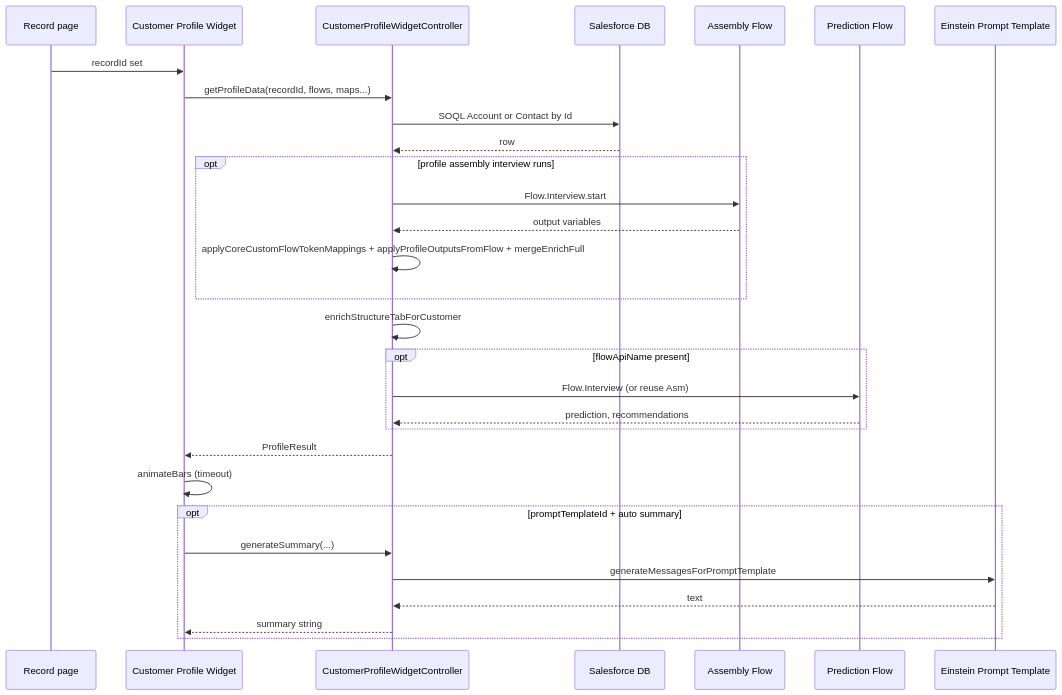
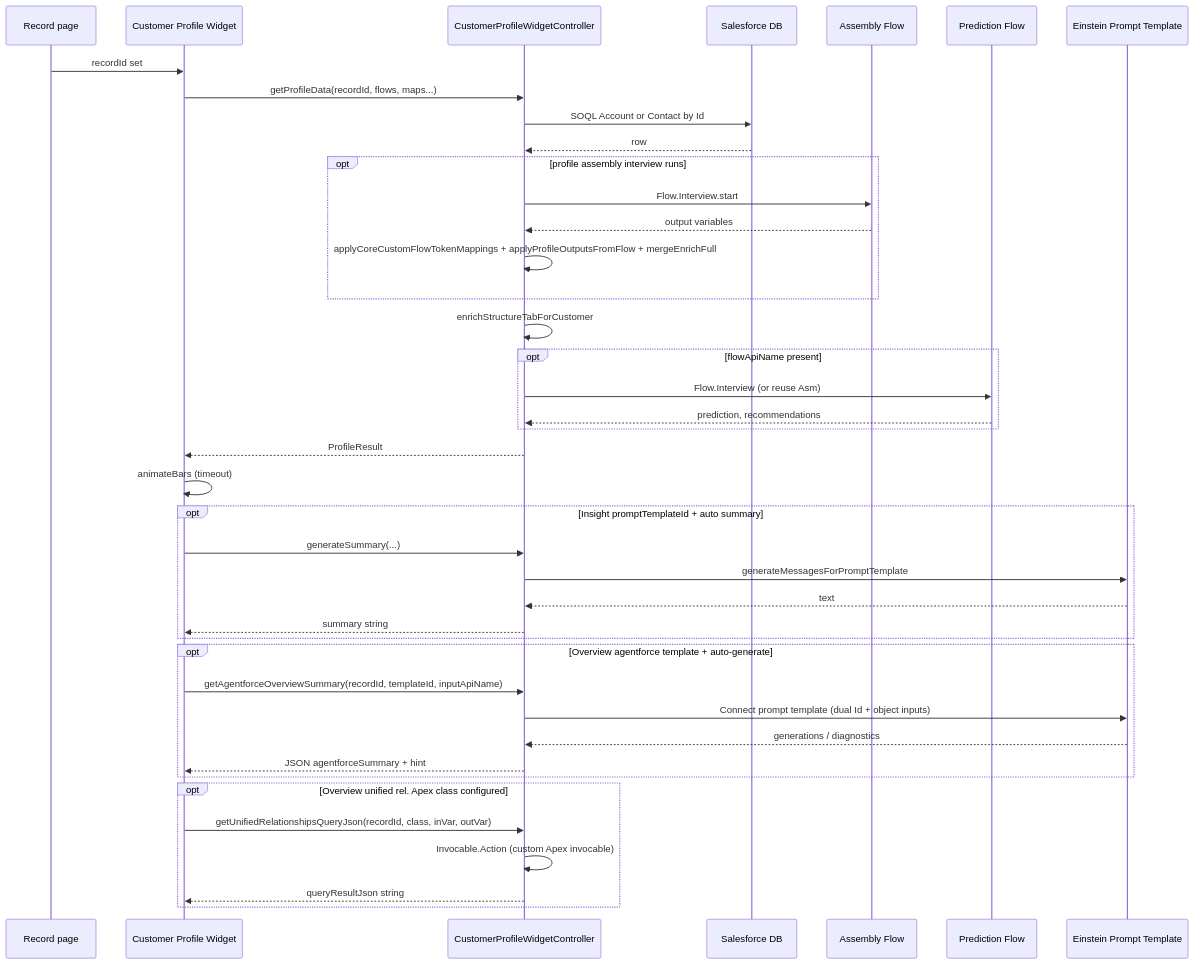
The first of 2 diagrams in DC_PersonProfileWidget/docs/ARCHITECTURE.md (josers18/JDO), drawn with Mermaid before and after one commit. The commit also changed other lines of this file and 38 other files, not shown here.

````diff
--- a/DC_PersonProfileWidget/docs/ARCHITECTURE.md
+++ b/DC_PersonProfileWidget/docs/ARCHITECTURE.md
@@ -56,33 +62,44 @@
 ```mermaid
 sequenceDiagram
     participant Page as Record page
     participant LWC as Customer Profile Widget
     participant Apex as CustomerProfileWidgetController
     participant DB as Salesforce DB
     participant Asm as Assembly Flow
     participant Pred as Prediction Flow
     participant E as Einstein Prompt Template
 
     Page->>LWC: recordId set
     LWC->>Apex: getProfileData(recordId, flows, maps...)
     Apex->>DB: SOQL Account or Contact by Id
     DB-->>Apex: row
     opt profile assembly interview runs
         Apex->>Asm: Flow.Interview.start
         Asm-->>Apex: output variables
         Apex->>Apex: applyCoreCustomFlowTokenMappings + applyProfileOutputsFromFlow + mergeEnrichFull
     end
     Apex->>Apex: enrichStructureTabForCustomer
     opt flowApiName present
         Apex->>Pred: Flow.Interview (or reuse Asm)
         Pred-->>Apex: prediction, recommendations
     end
     Apex-->>LWC: ProfileResult
     LWC->>LWC: animateBars (timeout)
-    opt promptTemplateId + auto summary
+    opt Insight promptTemplateId + auto summary
         LWC->>Apex: generateSummary(...)
         Apex->>E: generateMessagesForPromptTemplate
         E-->>Apex: text
         Apex-->>LWC: summary string
     end
+    opt Overview agentforce template + auto-generate
+        LWC->>Apex: getAgentforceOverviewSummary(recordId, templateId, inputApiName)
+        Apex->>E: Connect prompt template (dual Id + object inputs)
+        E-->>Apex: generations / diagnostics
+        Apex-->>LWC: JSON agentforceSummary + hint
+    end
+    opt Overview unified rel. Apex class configured
+        LWC->>Apex: getUnifiedRelationshipsQueryJson(recordId, class, inVar, outVar)
+        Apex->>Apex: Invocable.Action (custom Apex invocable)
+        Apex-->>LWC: queryResultJson string
+    end
 ```
````
